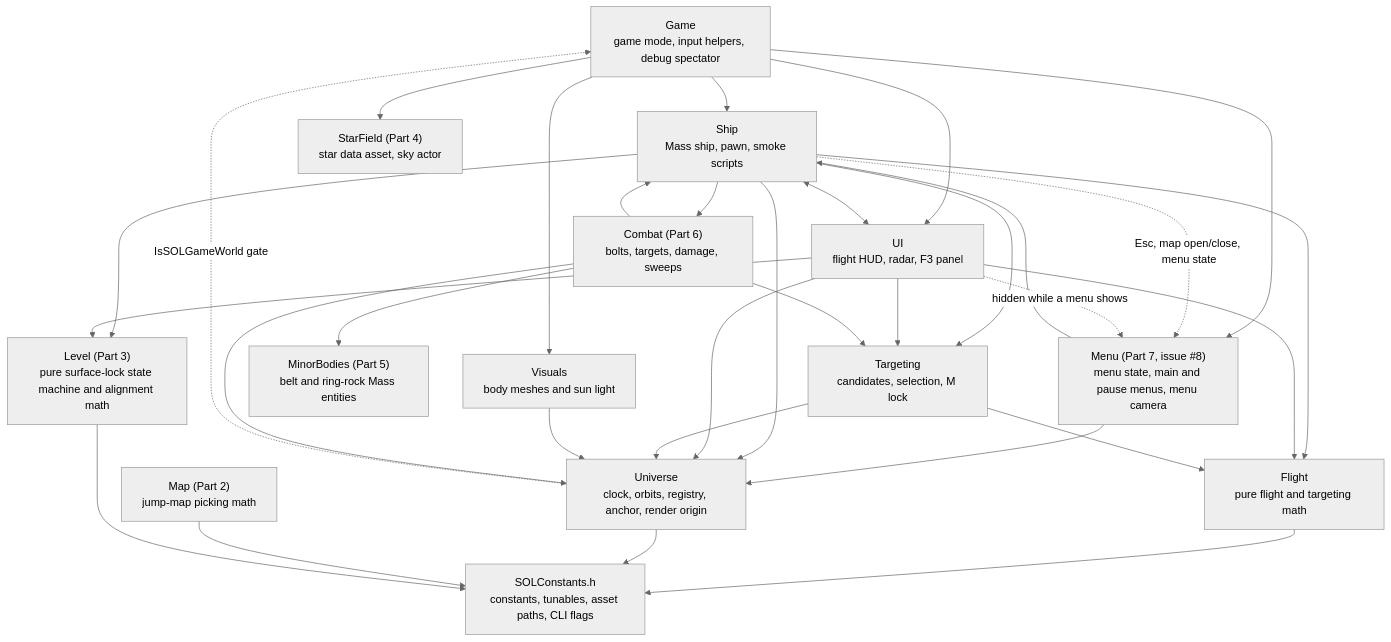
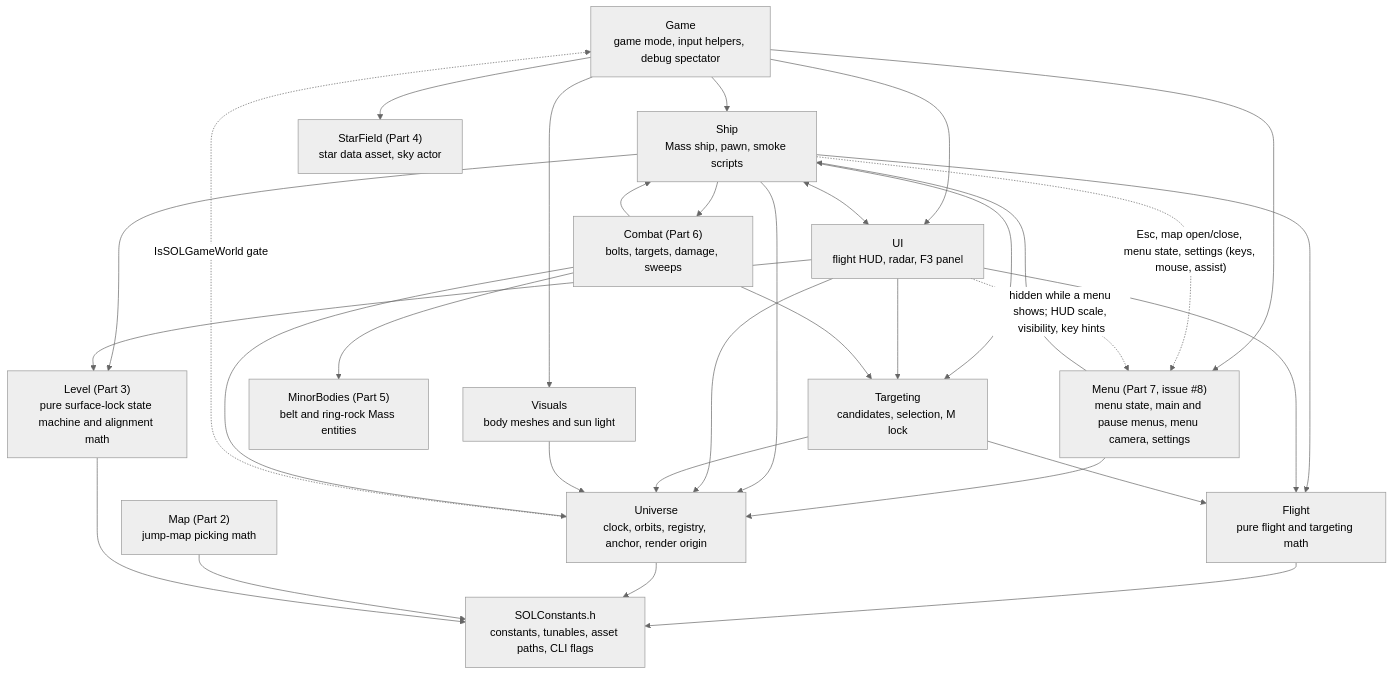
The first of 4 diagrams in Docs/ARCHITECTURE.md (DieSlower/SOLTest), drawn with Mermaid (neutral theme) before and after one commit. The commit also changed other lines of this file and 64 other files, not shown here.

Commit message:
Issue #8: Part 7d-7e - settings, key rebinding, persistence, adversarial review fixes

````diff
--- a/Docs/ARCHITECTURE.md
+++ b/Docs/ARCHITECTURE.md
@@ -27,49 +27,49 @@
 ```mermaid
 flowchart TD
     Game["Game<br/>game mode, input helpers, debug spectator"]
-    Menu["Menu (Part 7, issue #8)<br/>menu state, main and pause menus, menu camera"]
+    Menu["Menu (Part 7, issue #8)<br/>menu state, main and pause menus, menu camera, settings"]
     Ship["Ship<br/>Mass ship, pawn, smoke scripts"]
     UI["UI<br/>flight HUD, radar, F3 panel"]
     Targeting["Targeting<br/>candidates, selection, M lock"]
     Visuals["Visuals<br/>body meshes and sun light"]
     StarField["StarField (Part 4)<br/>star data asset, sky actor"]
     Map["Map (Part 2)<br/>jump-map picking math"]
     Combat["Combat (Part 6)<br/>bolts, targets, damage, sweeps"]
     MinorBodies["MinorBodies (Part 5)<br/>belt and ring-rock Mass entities"]
     Level["Level (Part 3)<br/>pure surface-lock state machine and alignment math"]
     Flight["Flight<br/>pure flight and targeting math"]
     Universe["Universe<br/>clock, orbits, registry, anchor, render origin"]
     Const["SOLConstants.h<br/>constants, tunables, asset paths, CLI flags"]
 
     Game --> Ship
     Game --> Menu
     Menu --> Ship
     Menu --> Universe
-    Ship -. "Esc, map open/close, menu state" .-> Menu
-    UI -. "hidden while a menu shows" .-> Menu
+    Ship -. "Esc, map open/close, menu state, settings (keys, mouse, assist)" .-> Menu
+    UI -. "hidden while a menu shows; HUD scale, visibility, key hints" .-> Menu
     Game --> UI
     Game --> Visuals
     Game --> StarField
     Ship --> Targeting
     Ship --> Flight
     Ship --> Level
     UI --> Level
     Ship --> Universe
     Ship <--> UI
     UI --> Targeting
     UI --> Universe
     UI --> Flight
     Targeting --> Flight
     Targeting --> Universe
     Visuals --> Universe
     Ship --> Combat
     Combat --> Ship
     Combat --> Targeting
     Combat --> MinorBodies
     Combat --> Universe
     Universe -. "IsSOLGameWorld gate" .-> Game
     Flight --> Const
     Universe --> Const
     Map --> Const
     Level --> Const
 ```
````
